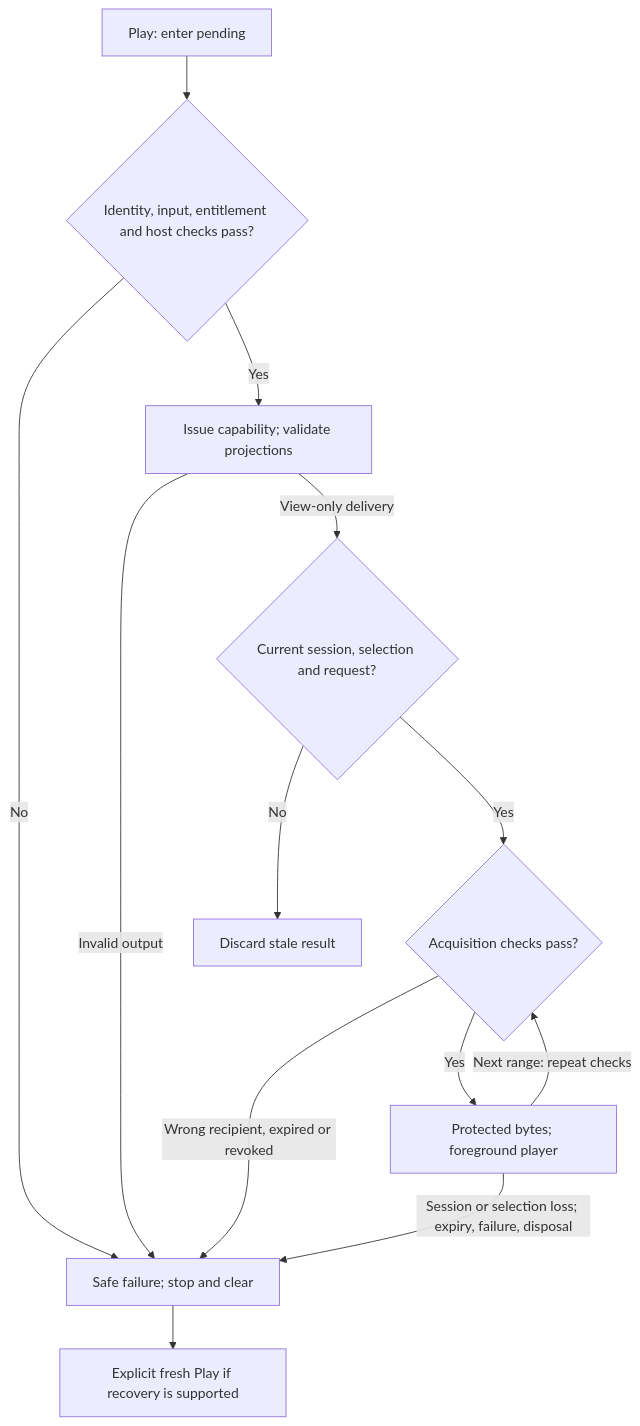
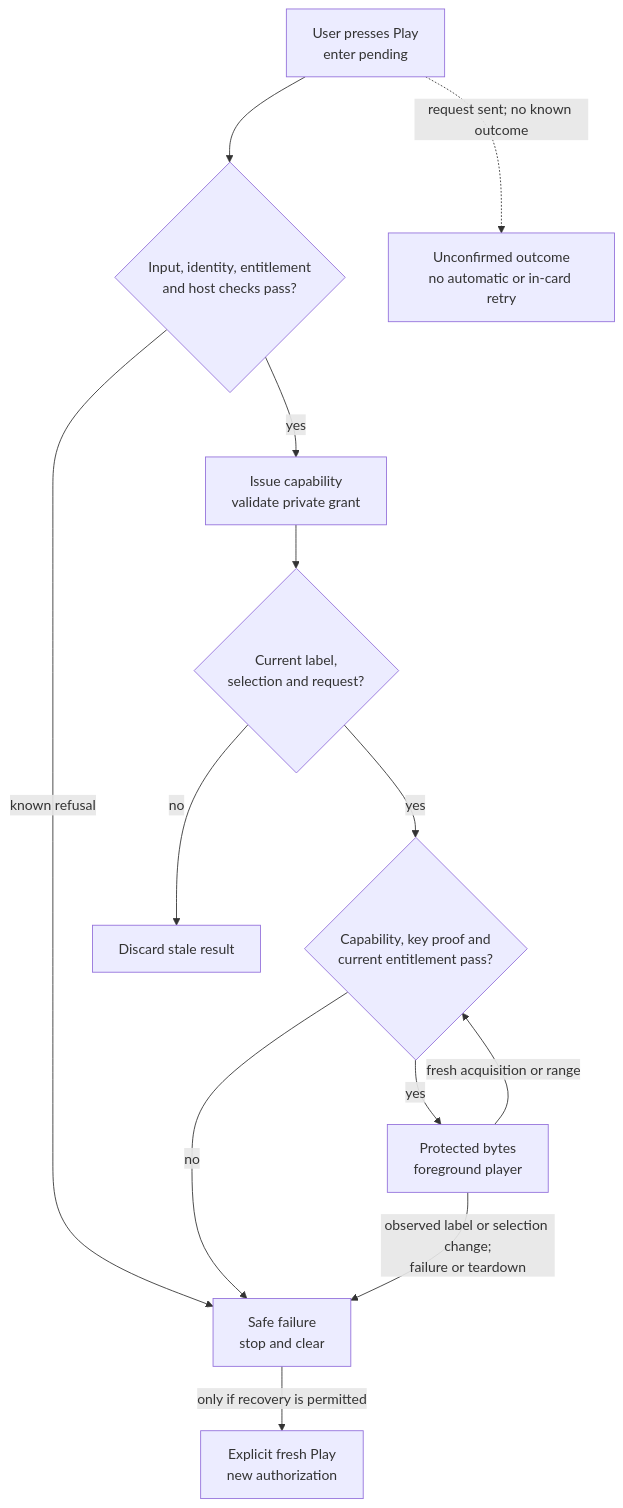
One commit to MachineWisdomAI/saga-a2ui changed the diagram in diagrams/authorized-playback-flow.mmd. Above: the diagram before and after it, drawn with Mermaid. The commit also changed 37 other files, not shown here.

```diff
--- a/diagrams/authorized-playback-flow.mmd
+++ b/diagrams/authorized-playback-flow.mmd
@@ -1,13 +1,13 @@
-graph TD
-  A["Play: enter pending"] --> B{"Identity, input, entitlement and host checks pass?"}
-  B -->|"No"| X["Safe failure; stop and clear"]
-  B -->|"Yes"| C["Issue capability; validate projections"]
-  C -->|"Invalid output"| X
-  C -->|"View-only delivery"| D{"Current session, selection and request?"}
-  D -->|"No"| L["Discard stale result"]
-  D -->|"Yes"| E{"Acquisition checks pass?"}
-  E -->|"Wrong recipient, expired or revoked"| X
-  E -->|"Yes"| F["Protected bytes; foreground player"]
-  F -->|"Next range: repeat checks"| E
-  F -->|"Session or selection loss; expiry, failure, disposal"| X
-  X --> R["Explicit fresh Play if recovery is supported"]
+flowchart TD
+  A["User presses Play<br/>enter pending"] --> B{"Input, identity, entitlement<br/>and host checks pass?"}
+  B -->|"known refusal"| X["Safe failure<br/>stop and clear"]
+  B -->|"yes"| C["Issue capability<br/>validate private grant"]
+  C --> D{"Current label,<br/>selection and request?"}
+  D -->|"no"| L["Discard stale result"]
+  D -->|"yes"| E{"Capability, key proof and<br/>current entitlement pass?"}
+  E -->|"no"| X
+  E -->|"yes"| F["Protected bytes<br/>foreground player"]
+  F -->|"fresh acquisition or range"| E
+  F -->|"observed label or selection change;<br/>failure or teardown"| X
+  X -->|"only if recovery is permitted"| R["Explicit fresh Play<br/>new authorization"]
+  A -.->|"request sent; no known outcome"| U["Unconfirmed outcome<br/>no automatic or in-card retry"]
```
